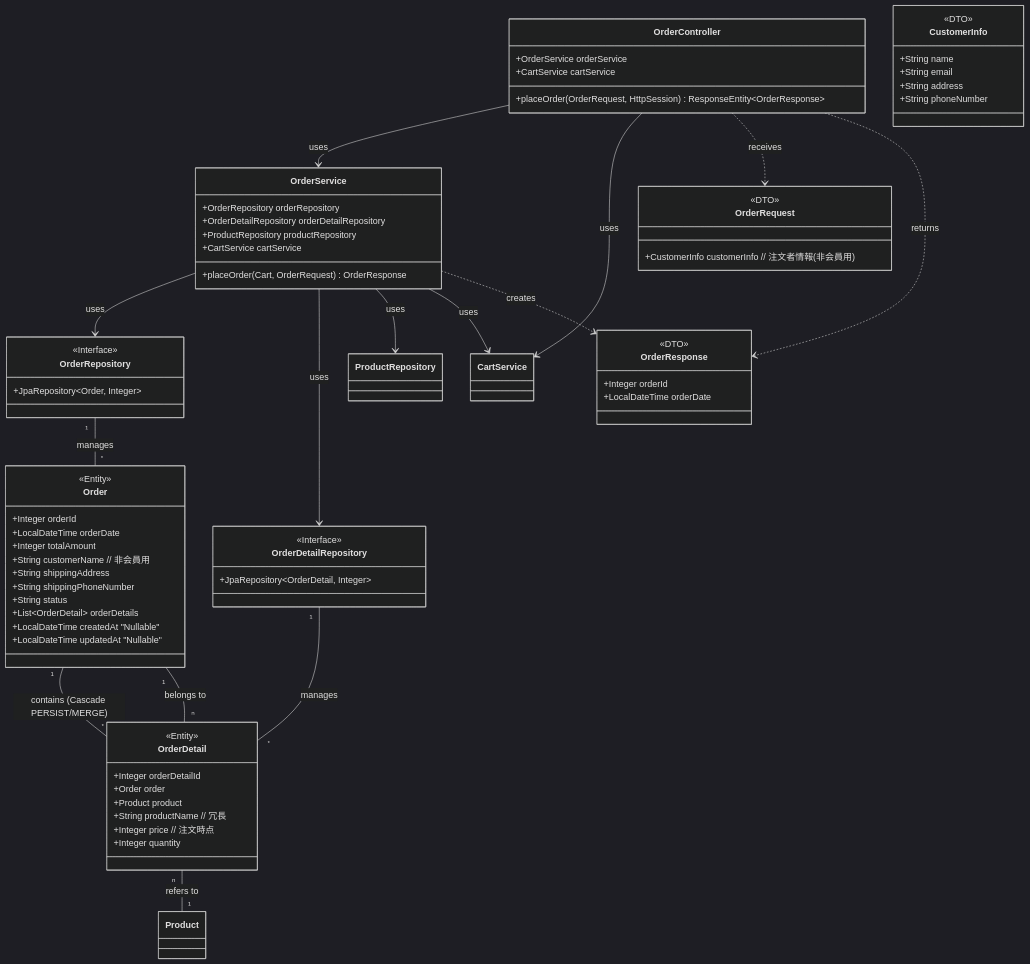
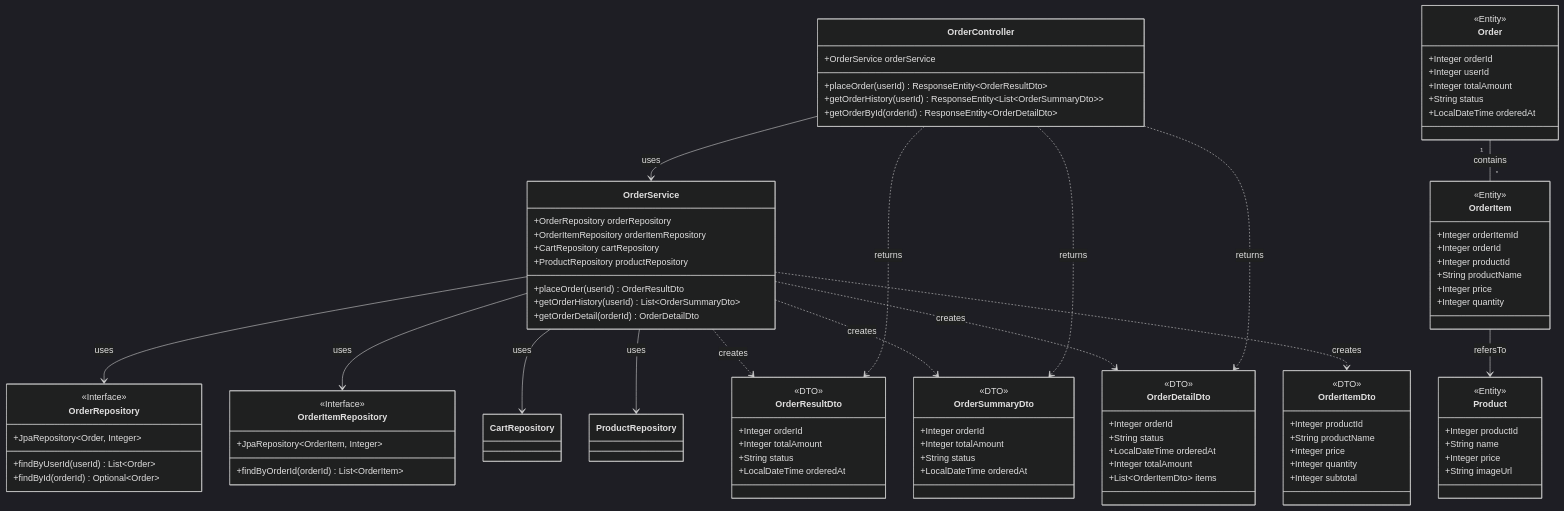
Diagram 13 of 15 in 詳細設計/詳細設計書の例（必須機能のみ）.md (natsumiumeda/Jobs), drawn with Mermaid (dark theme) before and after one commit. The commit also changed other lines of this file, not shown here.

```diff
--- a/詳細設計/詳細設計書の例（必須機能のみ）.md
+++ b/詳細設計/詳細設計書の例（必須機能のみ）.md
@@ -649,76 +720,110 @@
 classDiagram
     class OrderController {
         +OrderService orderService
-        +CartService cartService
-        +placeOrder(OrderRequest, HttpSession) ResponseEntity~OrderResponse~
+        +placeOrder(userId) ResponseEntity~OrderResultDto~
+        +getOrderHistory(userId) ResponseEntity~List~OrderSummaryDto~~
+        +getOrderById(orderId) ResponseEntity~OrderDetailDto~
     }
+
     class OrderService {
         +OrderRepository orderRepository
-        +OrderDetailRepository orderDetailRepository
+        +OrderItemRepository orderItemRepository
+        +CartRepository cartRepository
         +ProductRepository productRepository
-        +CartService cartService
-        +placeOrder(Cart, OrderRequest) OrderResponse
+        +placeOrder(userId) OrderResultDto
+        +getOrderHistory(userId) List~OrderSummaryDto~
+        +getOrderDetail(orderId) OrderDetailDto
     }
+
     class OrderRepository {
         <<Interface>>
         +JpaRepository~Order, Integer~
+        +findByUserId(userId) List~Order~
+        +findById(orderId) Optional~Order~
     }
-     class OrderDetailRepository {
+
+    class OrderItemRepository {
         <<Interface>>
-        +JpaRepository~OrderDetail, Integer~
+        +JpaRepository~OrderItem, Integer~
+        +findByOrderId(orderId) List~OrderItem~
     }
+
     class Order {
         <<Entity>>
         +Integer orderId
-        +LocalDateTime orderDate
+        +Integer userId
         +Integer totalAmount
-        +String customerName // 非会員用
-        +String shippingAddress
-        +String shippingPhoneNumber
         +String status
-        +List~OrderDetail~ orderDetails
-        +LocalDateTime createdAt "Nullable"
-        +LocalDateTime updatedAt "Nullable"
+        +LocalDateTime orderedAt
     }
-    class OrderDetail {
+
+    class OrderItem {
         <<Entity>>
-        +Integer orderDetailId
-        +Order order
-        +Product product
-        +String productName // 冗長
-        +Integer price // 注文時点
+        +Integer orderItemId
+        +Integer orderId
+        +Integer productId
+        +String productName
+        +Integer price
         +Integer quantity
     }
-    class OrderRequest {
-        <<DTO>>
-        +CustomerInfo customerInfo // 注文者情報(非会員用)
+
+    class Product {
+        <<Entity>>
+        +Integer productId
+        +String name
+        +Integer price
+        +String imageUrl
     }
-    class CustomerInfo{
-         <<DTO>>
-        +String name
-        +String email
-        +String address
-        +String phoneNumber
-    }
-    class OrderResponse {
+
+    class OrderResultDto {
         <<DTO>>
         +Integer orderId
-        +LocalDateTime orderDate
+        +Integer totalAmount
+        +String status
+        +LocalDateTime orderedAt
+    }
+
+    class OrderSummaryDto {
+        <<DTO>>
+        +Integer orderId
+        +Integer totalAmount
+        +String status
+        +LocalDateTime orderedAt
+    }
+
+    class OrderDetailDto {
+        <<DTO>>
+        +Integer orderId
+        +String status
+        +LocalDateTime orderedAt
+        +Integer totalAmount
+        +List~OrderItemDto~ items
+    }
+
+    class OrderItemDto {
+        <<DTO>>
+        +Integer productId
+        +String productName
+        +Integer price
+        +Integer quantity
+        +Integer subtotal
     }
 
     OrderController --> OrderService : uses
-    OrderController --> CartService : uses
     OrderService --> OrderRepository : uses
-    OrderService --> OrderDetailRepository : uses
+    OrderService --> OrderItemRepository : uses
+    OrderService --> CartRepository : uses
     OrderService --> ProductRepository : uses
-    OrderService --> CartService : uses
-    OrderRepository "1" -- "*" Order : manages
-    OrderDetailRepository "1" -- "*" OrderDetail : manages
-    Order "1" -- "*" OrderDetail : contains (Cascade PERSIST/MERGE)
-    OrderDetail "n" -- "1" Order : belongs to
-    OrderDetail "n" -- "1" Product : refers to
 
-    OrderController ..> OrderRequest : receives
-    OrderController ..> OrderResponse : returns
-    OrderService ..> OrderResponse : creates
-</div>
+    Order "1" -- "*" OrderItem : contains
+    OrderItem --> Product : refersTo
+
+    OrderService ..> OrderResultDto : creates
+    OrderService ..> OrderSummaryDto : creates
+    OrderService ..> OrderDetailDto : creates
+    OrderService ..> OrderItemDto : creates
+
+    OrderController ..> OrderResultDto : returns
+    OrderController ..> OrderSummaryDto : returns
+    OrderController ..> OrderDetailDto : returns
+ </div>
```
